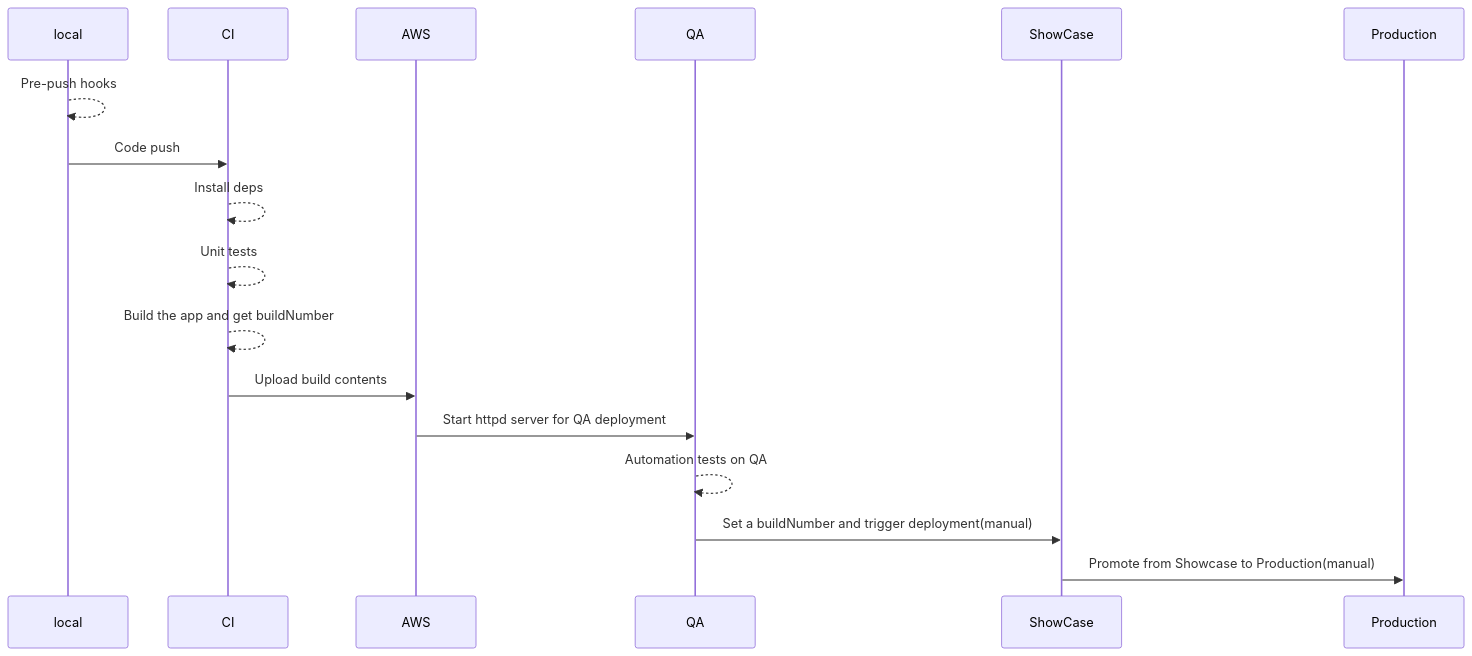
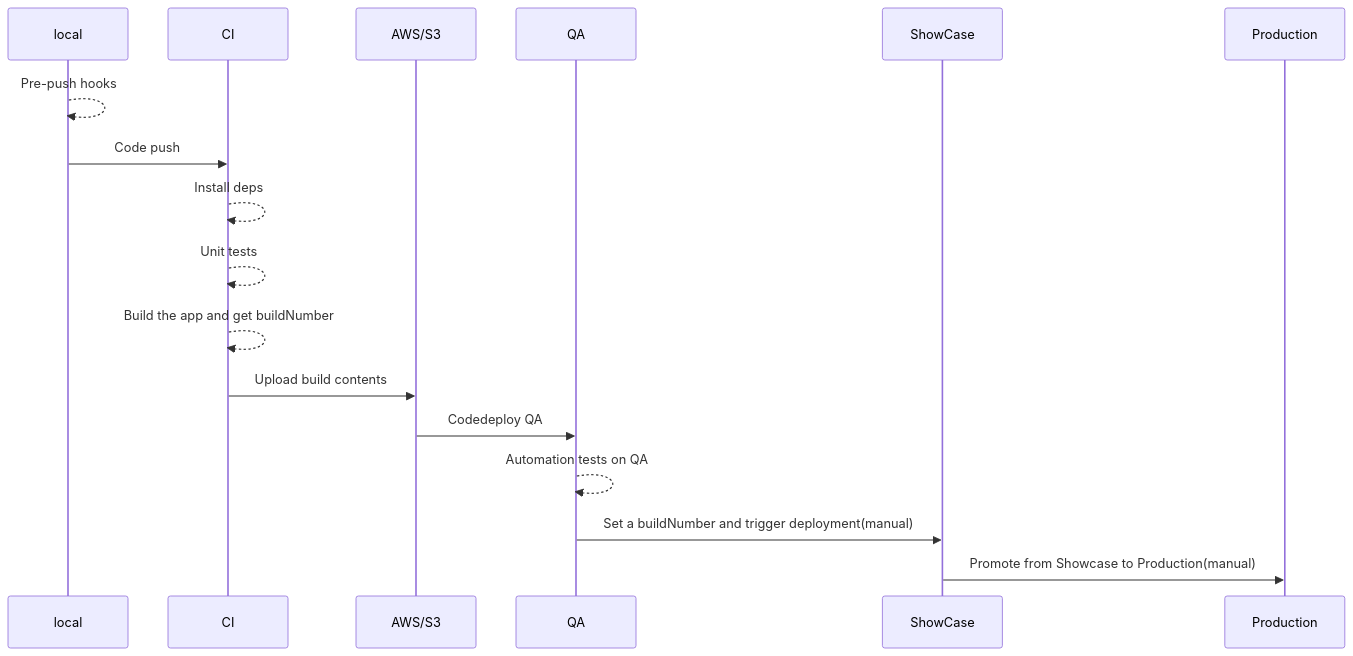
One commit to healthenabled/gdhi-app-version2 changed the diagram in README.md. Above: the diagram before and after it, drawn with Mermaid.

Commit message:
GDHI-179: Add Deployment section to Readme <Shaswat>

````diff
--- a/README.md
+++ b/README.md
@@ -158,19 +158,19 @@
 ```mermaid
   sequenceDiagram;
       participant local
       participant CI
-      participant AWS
+      participant AWS/S3
       participant QA
       participant ShowCase
       participant Production
       local-->>local: Pre-push hooks
       local->>CI: Code push
       CI-->>CI: Install deps
       CI-->>CI: Unit tests
       CI-->>CI: Build the app and get buildNumber
-      CI->>AWS: Upload build contents
-      AWS->>QA: Start httpd server for QA deployment
+      CI->>AWS/S3: Upload build contents
+      AWS/S3->>QA: Codedeploy QA
       QA-->>QA: Automation tests on QA
       QA->>ShowCase: Set a buildNumber and trigger deployment(manual)
       ShowCase->>Production: Promote from Showcase to Production(manual)
 ```
````
